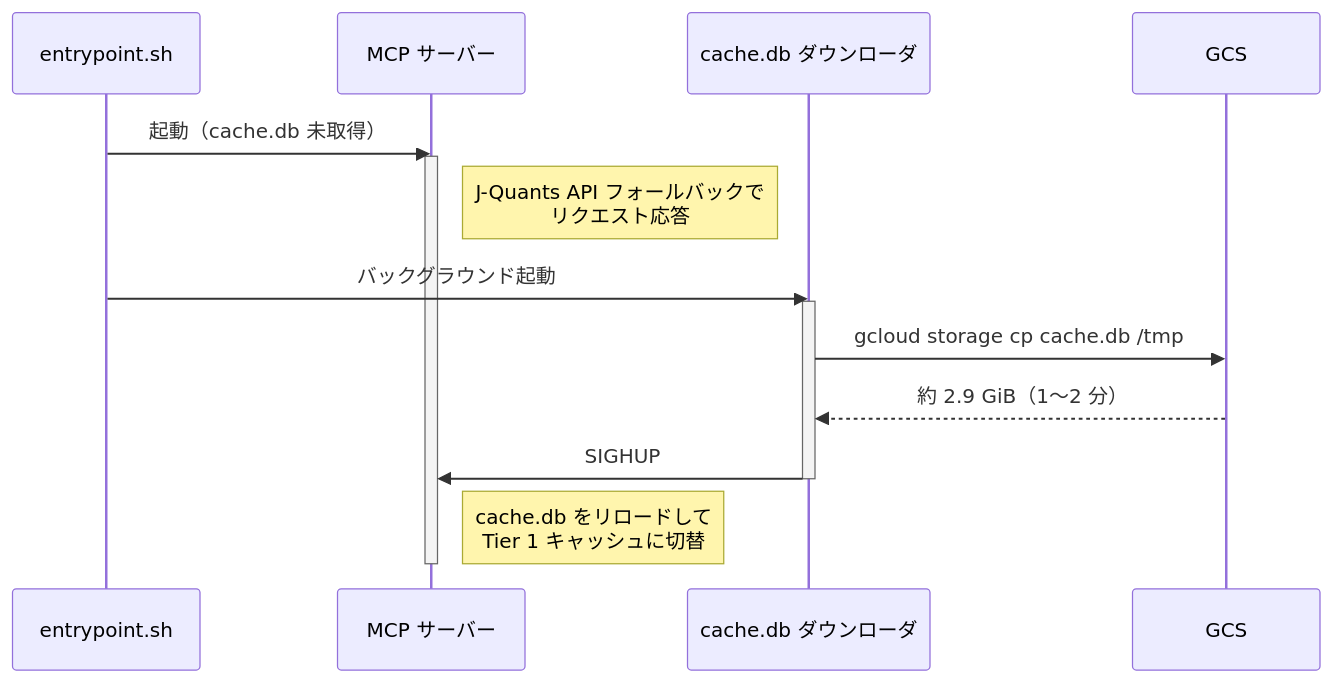
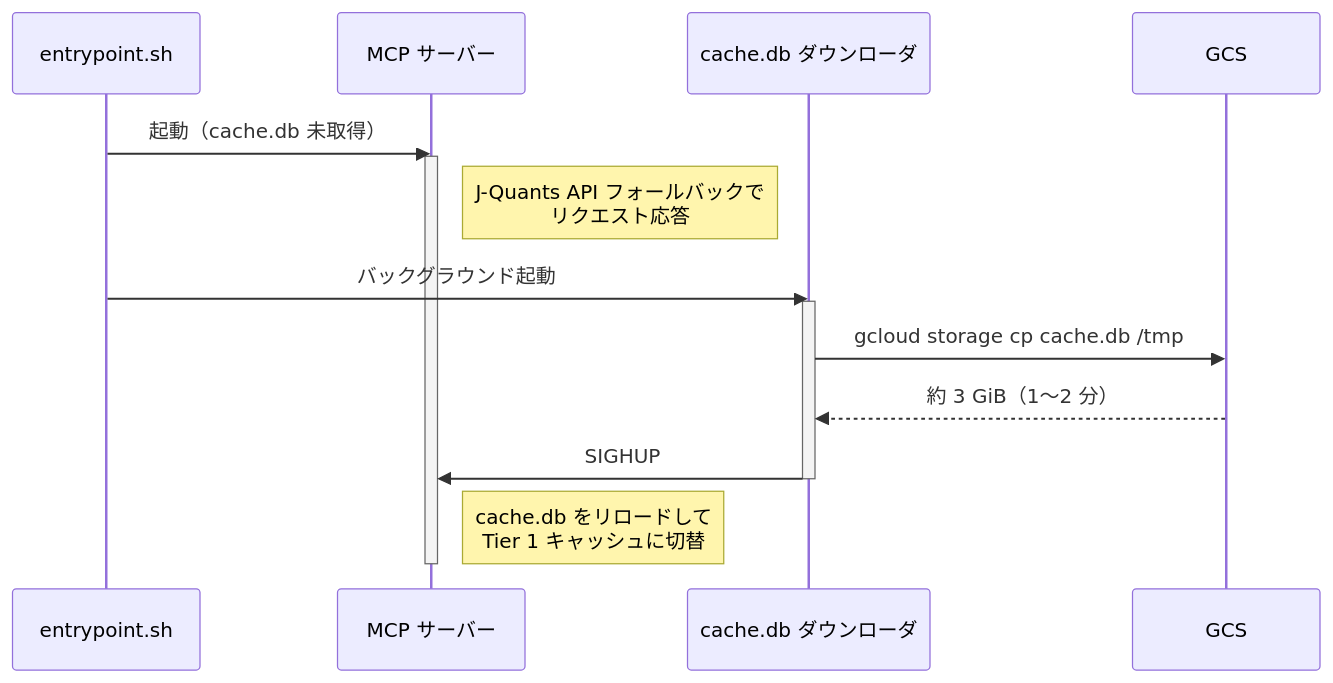
One commit to shigechika/jquants-mcp changed the second of 4 diagrams in README.ja.md. Above: the diagram before and after it, drawn with Mermaid. The commit also changed other lines of this file and 7 other files, not shown here.

````diff
--- a/README.ja.md
+++ b/README.ja.md
@@ -913,19 +913,19 @@
 ```mermaid
 sequenceDiagram
     participant E as entrypoint.sh
     participant M as MCP サーバー
     participant D as cache.db ダウンローダ
     participant G as GCS
 
     E->>M: 起動（cache.db 未取得）
     activate M
     Note right of M: J-Quants API フォールバックで<br/>リクエスト応答
     E->>D: バックグラウンド起動
     activate D
     D->>G: gcloud storage cp cache.db /tmp
-    G-->>D: 約 2.9 GiB（1〜2 分）
+    G-->>D: 約 3 GiB（1〜2 分）
     D->>M: SIGHUP
     deactivate D
     Note right of M: cache.db をリロードして<br/>Tier 1 キャッシュに切替
     deactivate M
 ```
````
